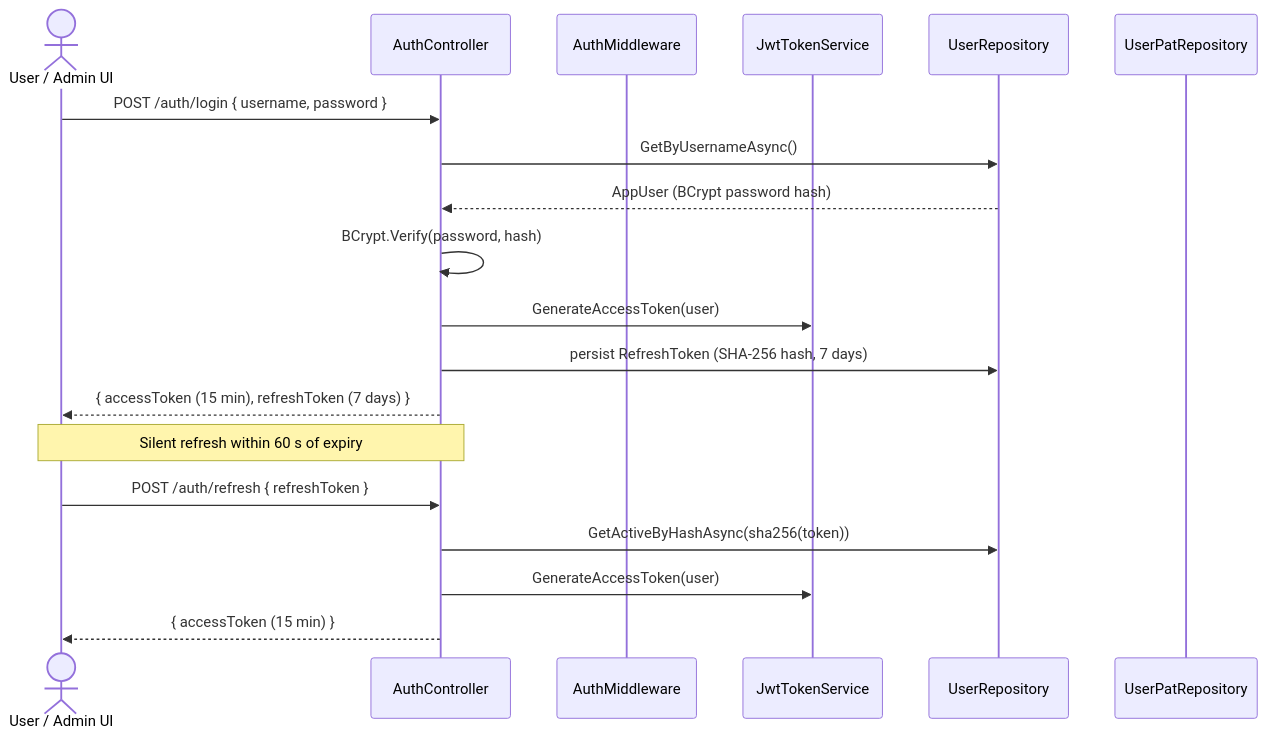
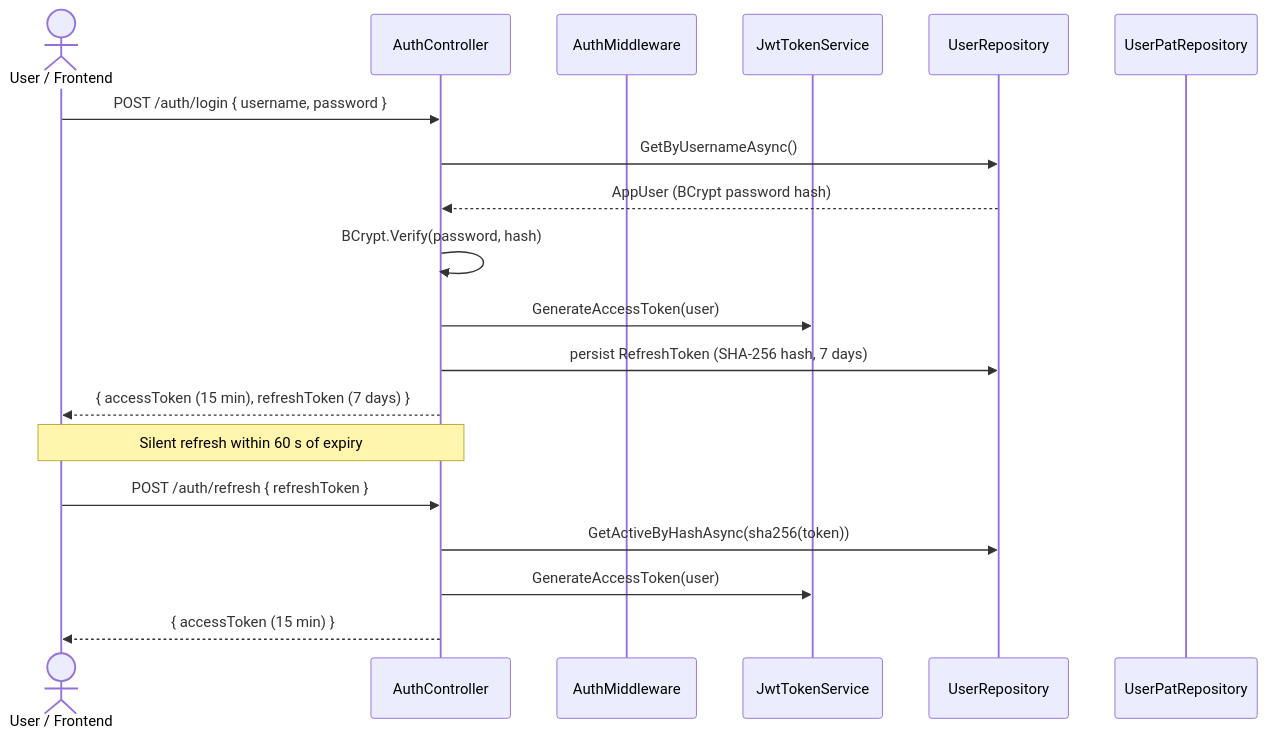
One commit to meister-dev-ai/propr changed the first of 4 diagrams in docs/architecture/security-and-access.md. Above: the diagram before and after it, drawn with Mermaid. The commit also changed 394 other files, not shown here.

````diff
--- a/docs/architecture/security-and-access.md
+++ b/docs/architecture/security-and-access.md
@@ -9,24 +9,24 @@
 ```mermaid
 sequenceDiagram
-    actor User as User / Admin UI
+    actor User as User / Frontend
     participant Auth as AuthController
     participant MW as AuthMiddleware
     participant JT as JwtTokenService
     participant UR as UserRepository
     participant PR as UserPatRepository
 
     User->>Auth: POST /auth/login { username, password }
     Auth->>UR: GetByUsernameAsync()
     UR-->>Auth: AppUser (BCrypt password hash)
     Auth->>Auth: BCrypt.Verify(password, hash)
     Auth->>JT: GenerateAccessToken(user)
     Auth->>UR: persist RefreshToken (SHA-256 hash, 7 days)
     Auth-->>User: { accessToken (15 min), refreshToken (7 days) }
 
     Note over User,Auth: Silent refresh within 60 s of expiry
 
     User->>Auth: POST /auth/refresh { refreshToken }
     Auth->>UR: GetActiveByHashAsync(sha256(token))
     Auth->>JT: GenerateAccessToken(user)
     Auth-->>User: { accessToken (15 min) }
 ```
````
